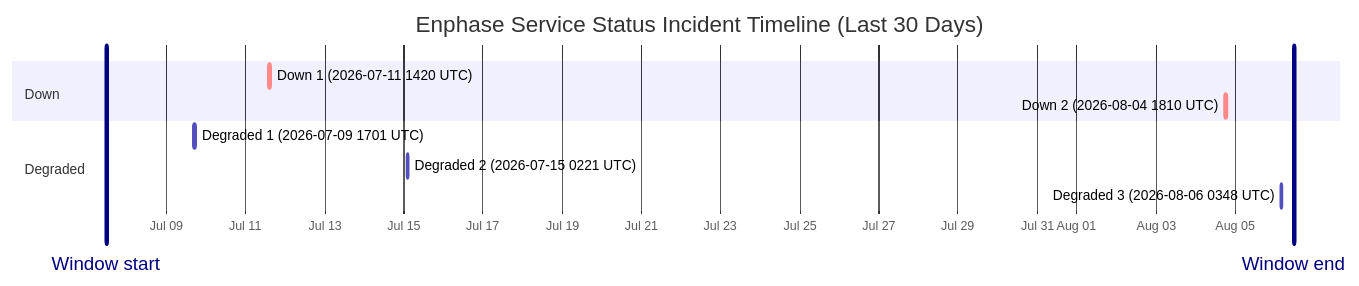
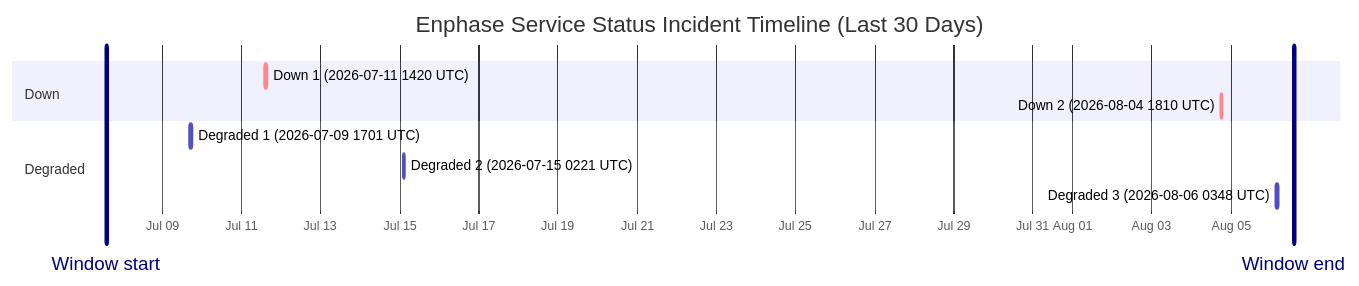
Before and after one commit to barneyonline/ha-enphase-energy: the diagram in wiki/Service-Status-History.md, drawn with Mermaid. The commit also changed other lines of this file and 3 other files, not shown here.

````diff
--- a/wiki/Service-Status-History.md
+++ b/wiki/Service-Status-History.md
@@ -14,15 +14,15 @@
 ```mermaid
 gantt
     title Enphase Service Status Incident Timeline (Last 30 Days)
     dateFormat  YYYY-MM-DDTHH:mm:ss
     axisFormat  %b %d
-    Window start :vert, window-start, 2026-07-07T11:39:23, 0ms
-    Window end :vert, window-end, 2026-08-06T11:39:23, 0ms
+    Window start :vert, window-start, 2026-07-07T14:04:12, 0ms
+    Window end :vert, window-end, 2026-08-06T14:04:12, 0ms
     section Down
     Down 1 (2026-07-11 1420 UTC) :crit, down-1, 2026-07-11T14:20:54, 69m
     Down 2 (2026-08-04 1810 UTC) :crit, down-2, 2026-08-04T18:10:46, 60m
     section Degraded
     Degraded 1 (2026-07-09 1701 UTC) :active, degraded-1, 2026-07-09T17:01:02, 60m
     Degraded 2 (2026-07-15 0221 UTC) :active, degraded-2, 2026-07-15T02:21:35, 60m
     Degraded 3 (2026-08-06 0348 UTC) :active, degraded-3, 2026-08-06T03:48:14, 60m
 ```
````
